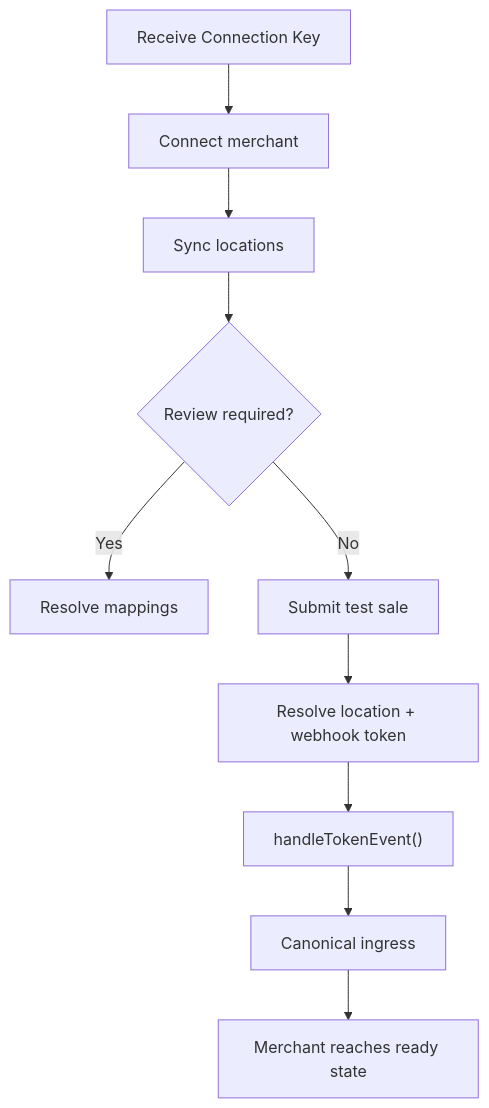
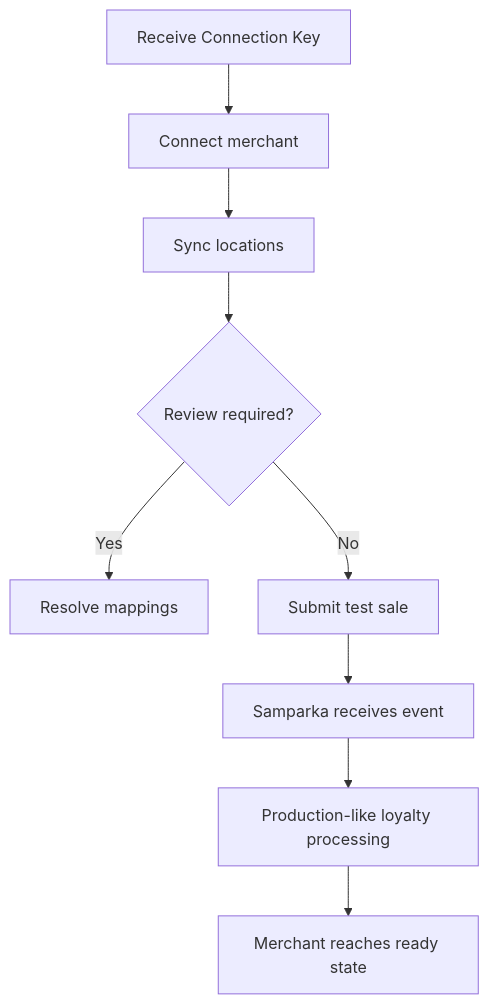
One commit to krischal07/docs changed the diagram in integrations/restrox/native/partner-api.mdx. Above: the diagram before and after it, drawn with Mermaid. The commit also changed other lines of this file and 42 other files, not shown here.

````diff
--- a/integrations/restrox/native/partner-api.mdx
+++ b/integrations/restrox/native/partner-api.mdx
@@ -29,12 +27,11 @@
 ```mermaid
 flowchart TD
   A["Receive Connection Key"] --> B["Connect merchant"]
   B --> C["Sync locations"]
   C --> D{"Review required?"}
   D -- Yes --> E["Resolve mappings"]
   D -- No --> F["Submit test sale"]
-  F --> G["Resolve location + webhook token"]
-  G --> H["handleTokenEvent()"]
-  H --> I["Canonical ingress"]
-  I --> J["Merchant reaches ready state"]
+  F --> G["Samparka receives event"]
+  G --> H["Production-like loyalty processing"]
+  H --> I["Merchant reaches ready state"]
 ```
````
